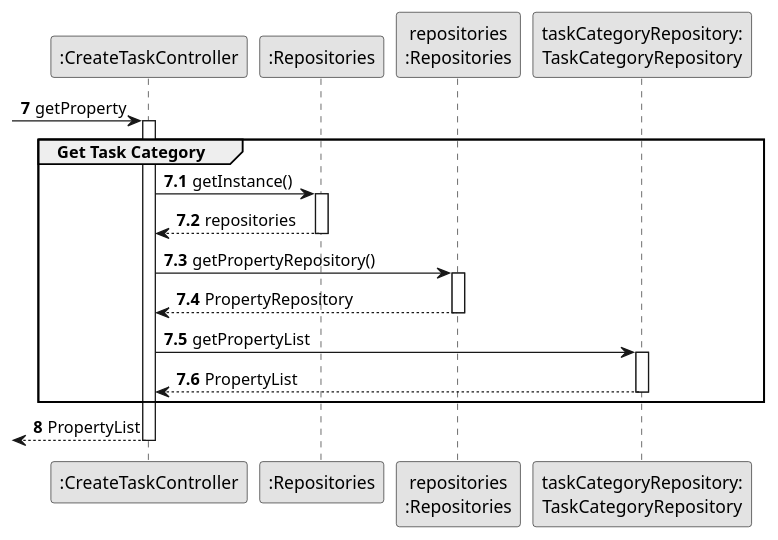
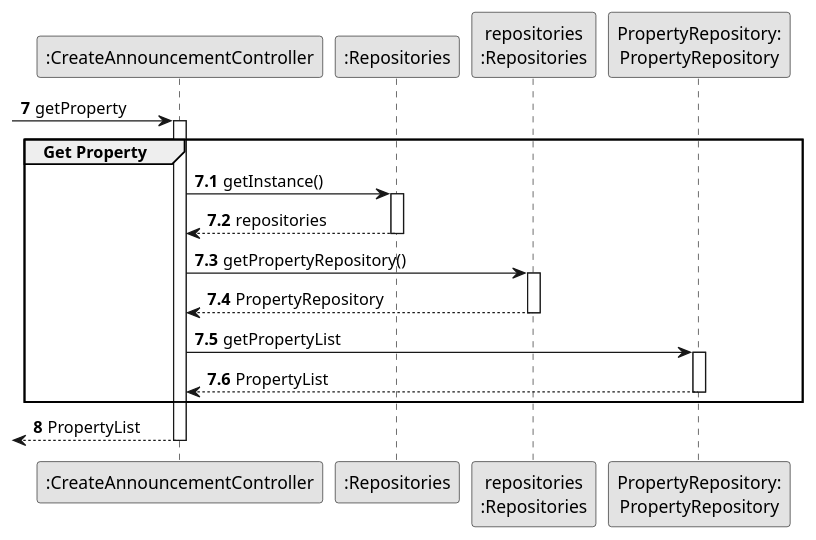
Before and after one commit to hugosilva2901/lei-22-s2-1DO-g68: the diagram in lei-22-s2-1do-g68/docs/SprintB/us002/03.design/puml/us002-sequence-diagram-partial-get-Propertys.puml, drawn with PlantUML. The commit also changed 2 other files, not shown here.

```diff
--- a/lei-22-s2-1do-g68/docs/SprintB/us002/03.design/puml/us002-sequence-diagram-partial-get-Propertys.puml
+++ b/lei-22-s2-1do-g68/docs/SprintB/us002/03.design/puml/us002-sequence-diagram-partial-get-Propertys.puml
@@ -1,45 +1,45 @@
 @startuml
 skinparam monochrome true
 skinparam packageStyle rectangle
 skinparam shadowing false
 
-participant ":CreateTaskController" as CTRL
+participant ":CreateAnnouncementController" as CTRL
 participant ":Repositories" as RepositorySingleton
 participant "repositories\n:Repositories" as PLAT
-participant "taskCategoryRepository:\nTaskCategoryRepository" as TaskCategoryRepository
+participant "PropertyRepository:\nPropertyRepository" as PropertyRepository
 
 autonumber 7
 -> CTRL : getProperty
 
 autonumber 7.1
 
 activate CTRL
-    group Get Task Category
+    group Get Property
         CTRL -> RepositorySingleton : getInstance()
         activate RepositorySingleton
 
             RepositorySingleton --> CTRL: repositories
         deactivate RepositorySingleton
 
         CTRL -> PLAT : getPropertyRepository()
         activate PLAT
 
             PLAT --> CTRL : PropertyRepository
         deactivate PLAT
 
-        CTRL -> TaskCategoryRepository : getPropertyList
-        activate TaskCategoryRepository
+        CTRL -> PropertyRepository : getPropertyList
+        activate PropertyRepository
 
-            TaskCategoryRepository --> CTRL : PropertyList
-        deactivate TaskCategoryRepository
+            PropertyRepository --> CTRL : PropertyList
+        deactivate PropertyRepository
 
     end group
 
     autonumber 8
     <-- CTRL : PropertyList
 
 deactivate CTRL
 
 
 
 @enduml
```
